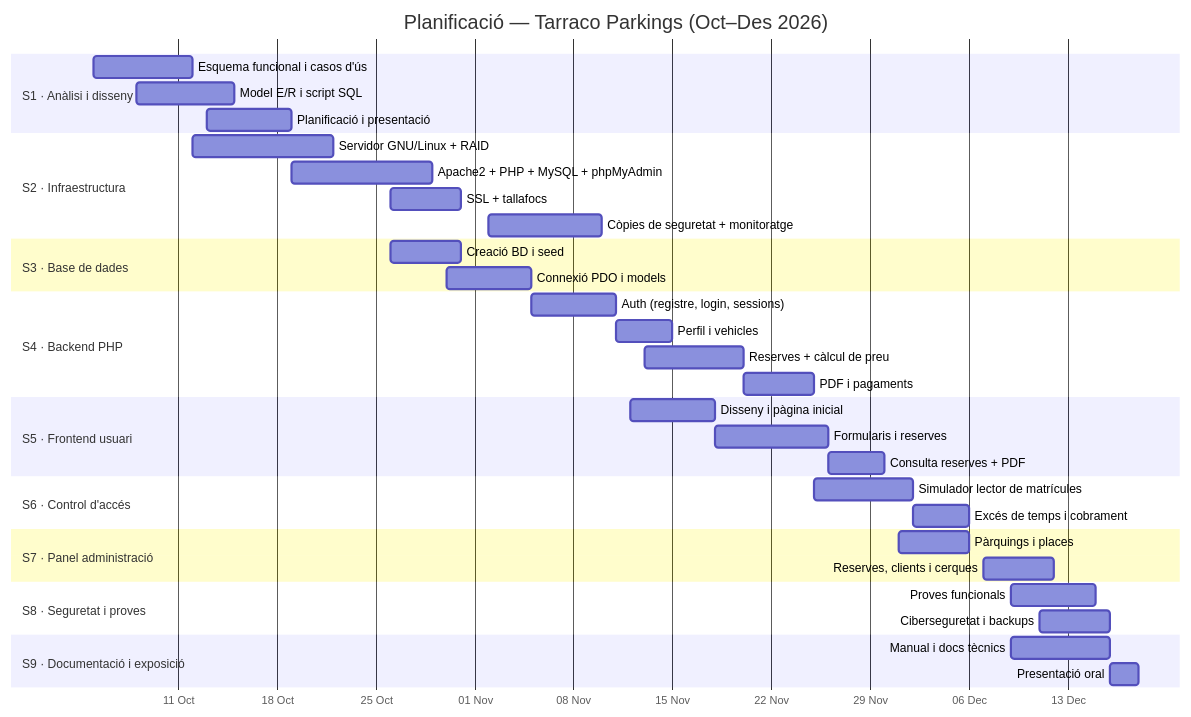
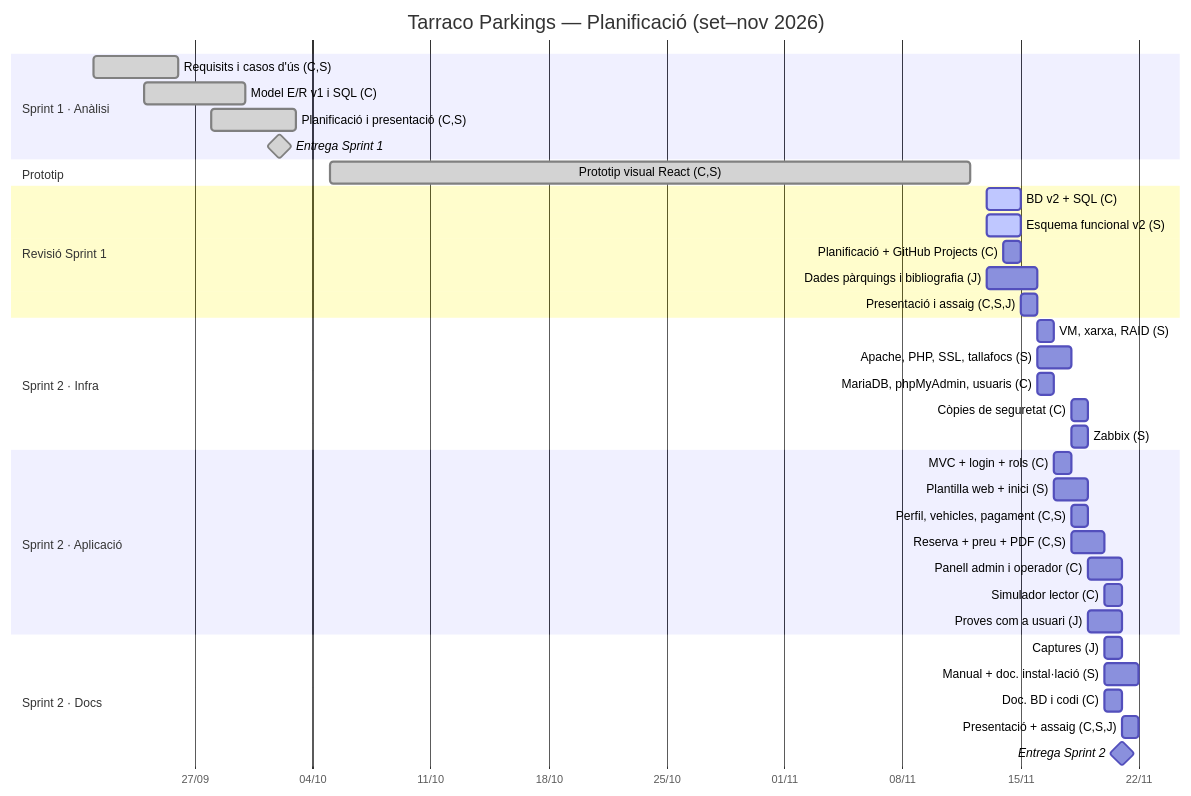
One commit to carlosxavierx/parkingcsj changed the diagram in proyecto_parking/sprint1/04-planificacion.md. Above: the diagram before and after it, drawn with Mermaid. The commit also changed other lines of this file and 8 other files, not shown here.

First line of the commit message:
Sprint 1 v2: model E/R millorat, esquema funcional, planificació i guió

````diff
--- a/proyecto_parking/sprint1/04-planificacion.md
+++ b/proyecto_parking/sprint1/04-planificacion.md
@@ -156,48 +129,45 @@
 ```mermaid
 gantt
-    title Planificació — Tarraco Parkings (Oct–Des 2026)
+    title Tarraco Parkings — Planificació (set–nov 2026)
     dateFormat  YYYY-MM-DD
-    axisFormat  %d %b
+    axisFormat  %d/%m
 
-    section S1 · Anàlisi i disseny
-    Esquema funcional i casos d'ús      :s1a, 2026-10-05, 7d
-    Model E/R i script SQL              :s1b, 2026-10-08, 7d
-    Planificació i presentació          :s1c, 2026-10-13, 6d
+    section Sprint 1 · Anàlisi
+    Requisits i casos d'ús (C,S)         :done, a1, 2026-09-21, 5d
+    Model E/R v1 i SQL (C)               :done, a2, 2026-09-24, 6d
+    Planificació i presentació (C,S)     :done, a3, 2026-09-28, 5d
+    Entrega Sprint 1                     :milestone, done, m1, 2026-10-02, 0d
 
-    section S2 · Infraestructura
-    Servidor GNU/Linux + RAID           :s2a, 2026-10-12, 10d
-    Apache2 + PHP + MySQL + phpMyAdmin  :s2b, 2026-10-19, 10d
-    SSL + tallafocs                     :s2c, 2026-10-26, 5d
-    Còpies de seguretat + monitoratge   :s2d, 2026-11-02, 8d
+    section Prototip
+    Prototip visual React (C,S)          :done, p1, 2026-10-05, 38d
 
-    section S3 · Base de dades
-    Creació BD i seed                   :s3a, 2026-10-26, 5d
-    Connexió PDO i models               :s3b, 2026-10-30, 6d
+    section Revisió Sprint 1
+    BD v2 + SQL (C)                      :active, r1, 2026-11-13, 2d
+    Esquema funcional v2 (S)             :active, r2, 2026-11-13, 2d
+    Planificació + GitHub Projects (C)   :r3, 2026-11-14, 1d
+    Dades pàrquings i bibliografia (J)   :r4, 2026-11-13, 3d
+    Presentació i assaig (C,S,J)         :r5, 2026-11-15, 1d
 
-    section S4 · Backend PHP
-    Auth (registre, login, sessions)    :s4a, 2026-11-05, 6d
-    Perfil i vehicles                   :s4b, 2026-11-11, 4d
-    Reserves + càlcul de preu           :s4c, 2026-11-13, 7d
-    PDF i pagaments                     :s4d, 2026-11-20, 5d
+    section Sprint 2 · Infra
+    VM, xarxa, RAID (S)                  :i1, 2026-11-16, 1d
+    Apache, PHP, SSL, tallafocs (S)      :i2, 2026-11-16, 2d
+    MariaDB, phpMyAdmin, usuaris (C)     :i3, 2026-11-16, 1d
+    Còpies de seguretat (C)              :i4, 2026-11-18, 1d
+    Zabbix (S)                           :i5, 2026-11-18, 1d
 
-    section S5 · Frontend usuari
-    Disseny i pàgina inicial            :s5a, 2026-11-12, 6d
-    Formularis i reserves               :s5b, 2026-11-18, 8d
-    Consulta reserves + PDF             :s5c, 2026-11-26, 4d
+    section Sprint 2 · Aplicació
+    MVC + login + rols (C)               :w1, 2026-11-17, 1d
+    Plantilla web + inici (S)            :w2, 2026-11-17, 2d
+    Perfil, vehicles, pagament (C,S)     :w3, 2026-11-18, 1d
+    Reserva + preu + PDF (C,S)           :w4, 2026-11-18, 2d
+    Panell admin i operador (C)          :w5, 2026-11-19, 2d
+    Simulador lector (C)                 :w6, 2026-11-20, 1d
+    Proves com a usuari (J)              :w7, 2026-11-19, 2d
 
-    section S6 · Control d'accés
-    Simulador lector de matrícules      :s6a, 2026-11-25, 7d
-    Excés de temps i cobrament          :s6b, 2026-12-02, 4d
-
-    section S7 · Panel administració
-    Pàrquings i places                  :s7a, 2026-12-01, 5d
-    Reserves, clients i cerques         :s7b, 2026-12-07, 5d
-
-    section S8 · Seguretat i proves
-    Proves funcionals                   :s8a, 2026-12-09, 6d
-    Ciberseguretat i backups            :s8b, 2026-12-11, 5d
-
-    section S9 · Documentació i exposició
-    Manual i docs tècnics               :s9a, 2026-12-09, 7d
-    Presentació oral                    :s9b, 2026-12-16, 2d
+    section Sprint 2 · Docs
+    Captures (J)                         :d1, 2026-11-20, 1d
+    Manual + doc. instal·lació (S)       :d2, 2026-11-20, 2d
+    Doc. BD i codi (C)                   :d3, 2026-11-20, 1d
+    Presentació + assaig (C,S,J)         :d4, 2026-11-21, 1d
+    Entrega Sprint 2                     :milestone, m2, 2026-11-21, 0d
 ```
````
